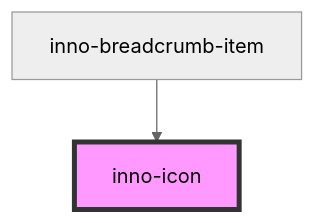
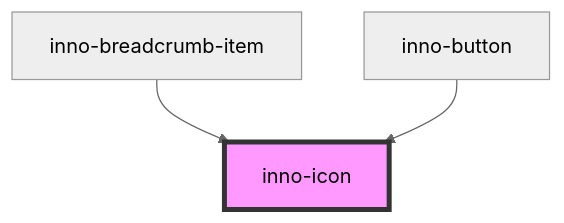
Before and after one commit to innomotics/brand-experience: the diagram in packages/stencil-lib/src/components/inno-icon/readme.md, drawn with Mermaid (neutral theme). The commit also changed other lines of this file and 7 other files, not shown here.

````diff
--- a/packages/stencil-lib/src/components/inno-icon/readme.md
+++ b/packages/stencil-lib/src/components/inno-icon/readme.md
@@ -23,5 +24,6 @@
 ```mermaid
 graph TD;
   inno-breadcrumb-item --> inno-icon
+  inno-button --> inno-icon
   style inno-icon fill:#f9f,stroke:#333,stroke-width:4px
 ```
````
